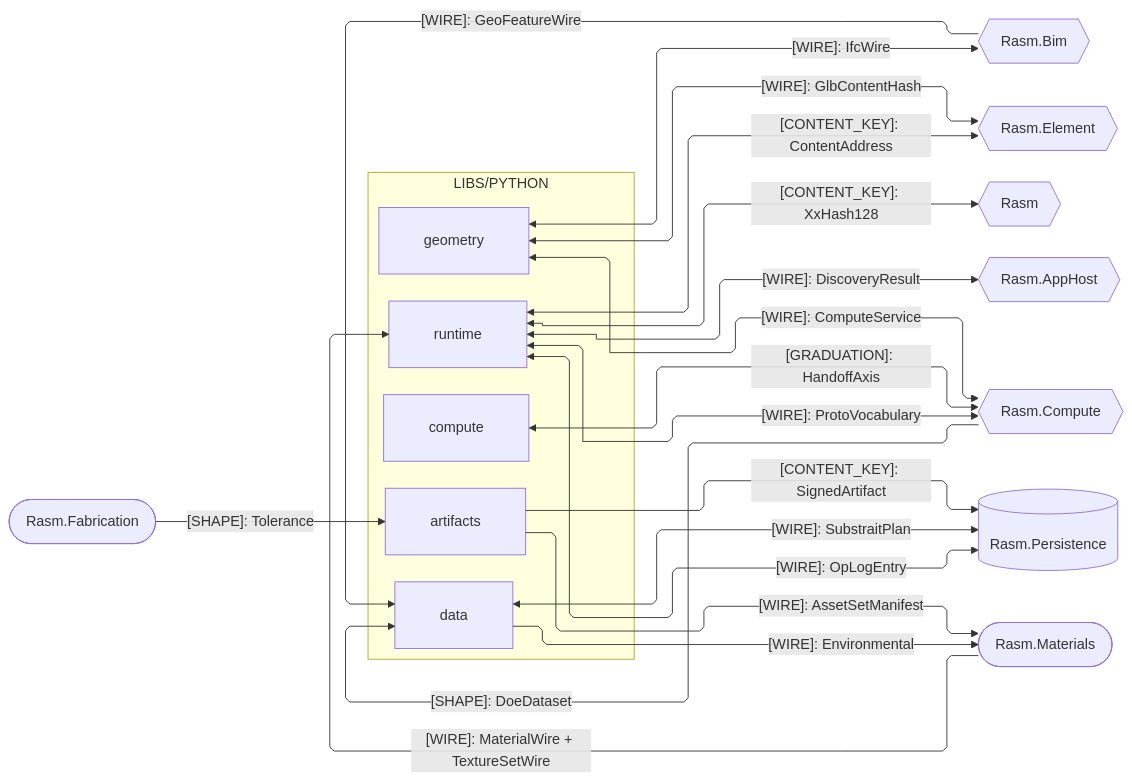
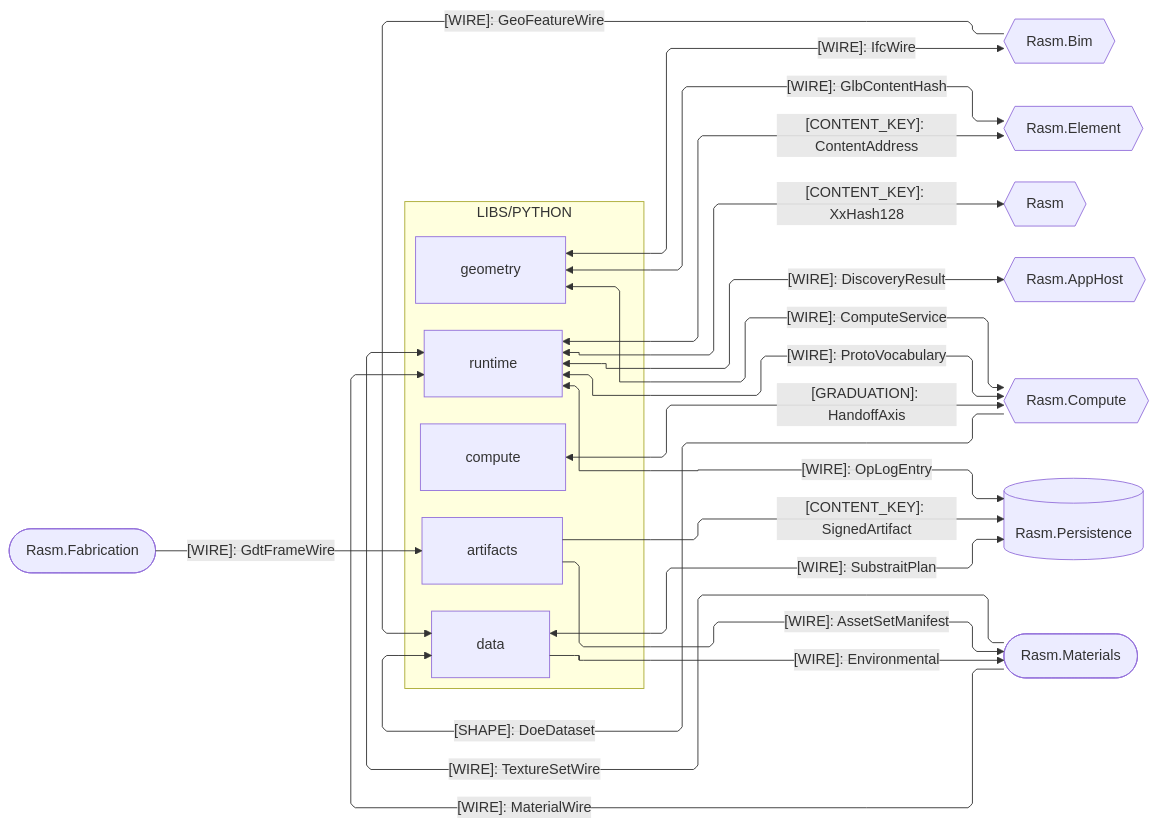
One commit to bsamiee/Rasm changed the second of 4 diagrams in libs/python/.planning/ARCHITECTURE.md. Above: the diagram before and after it, drawn with Mermaid. The commit also changed other lines of this file and 115 other files, not shown here.

````diff
--- a/libs/python/.planning/ARCHITECTURE.md
+++ b/libs/python/.planning/ARCHITECTURE.md
@@ -73,44 +78,45 @@
 ```mermaid
 ---
 config:
   layout: elk
   flowchart:
     curve: linear
     padding: 25
 ---
 flowchart LR
     accTitle: Python branch C# seam registry
     accDescr: Python packages exchanging kinded contract shapes with their C# counterparts; every edge carries kind plus shape.
     subgraph python[LIBS/PYTHON]
         Geometry[geometry]
         Runtime[runtime]
         Compute[compute]
         Data[data]
         Artifacts[artifacts]
     end
     Bim{{Rasm.Bim}}
     Element{{Rasm.Element}}
     Rasm{{Rasm}}
     AppHost{{Rasm.AppHost}}
     RasmCompute{{Rasm.Compute}}
     Persistence[(Rasm.Persistence)]
     Materials([Rasm.Materials])
     Fabrication([Rasm.Fabrication])
-    Geometry e12@<-->|"[WIRE]: IfcWire"| Bim
-    Geometry e13@<-->|"[WIRE]: GlbContentHash"| Element
-    Geometry e11@<-->|"[WIRE]: ComputeService"| RasmCompute
-    Runtime e5@<-->|"[CONTENT_KEY]: ContentAddress"| Element
-    Runtime e1@<-->|"[CONTENT_KEY]: XxHash128"| Rasm
-    Runtime e2@<-->|"[WIRE]: DiscoveryResult"| AppHost
-    Runtime e4@<-->|"[WIRE]: ProtoVocabulary"| RasmCompute
-    Runtime e3@<-->|"[WIRE]: OpLogEntry"| Persistence
-    Compute e10@<-->|"[GRADUATION]: HandoffAxis"| RasmCompute
-    RasmCompute e7@-->|"[SHAPE]: DoeDataset"| Data
-    Data e6@<-->|"[WIRE]: SubstraitPlan"| Persistence
-    Data e8@-->|"[WIRE]: Environmental"| Materials
-    Materials e16@-->|"[WIRE]: MaterialWire + TextureSetWire"| Runtime
-    Artifacts e17@-->|"[WIRE]: AssetSetManifest"| Materials
-    Bim e9@-->|"[WIRE]: GeoFeatureWire"| Data
-    Artifacts e14@-->|"[CONTENT_KEY]: SignedArtifact"| Persistence
-    Fabrication e15@-->|"[SHAPE]: Tolerance"| Artifacts
+    Geometry e1@<-->|"[WIRE]: IfcWire"| Bim
+    Geometry e2@<-->|"[WIRE]: GlbContentHash"| Element
+    Geometry e3@<-->|"[WIRE]: ComputeService"| RasmCompute
+    Runtime e4@<-->|"[CONTENT_KEY]: ContentAddress"| Element
+    Runtime e5@<-->|"[CONTENT_KEY]: XxHash128"| Rasm
+    Runtime e6@<-->|"[WIRE]: DiscoveryResult"| AppHost
+    Runtime e7@<-->|"[WIRE]: ProtoVocabulary"| RasmCompute
+    Runtime e8@<-->|"[WIRE]: OpLogEntry"| Persistence
+    Materials e9@-->|"[WIRE]: MaterialWire"| Runtime
+    Materials e10@-->|"[WIRE]: TextureSetWire"| Runtime
+    Compute e11@<-->|"[GRADUATION]: HandoffAxis"| RasmCompute
+    RasmCompute e12@-->|"[SHAPE]: DoeDataset"| Data
+    Data e13@<-->|"[WIRE]: SubstraitPlan"| Persistence
+    Data e14@-->|"[WIRE]: Environmental"| Materials
+    Bim e15@-->|"[WIRE]: GeoFeatureWire"| Data
+    Artifacts e16@-->|"[WIRE]: AssetSetManifest"| Materials
+    Artifacts e17@-->|"[CONTENT_KEY]: SignedArtifact"| Persistence
+    Fabrication e18@-->|"[WIRE]: GdtFrameWire"| Artifacts
 ```
````
